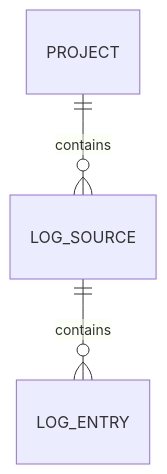
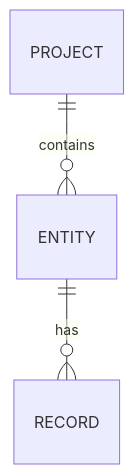
One commit to serguei9090/MasterPrompts changed the second of 5 diagrams in docs/architecture/diagrams.md. Above: the diagram before and after it, drawn with Mermaid. The commit also changed other lines of this file and 20 other files, not shown here.

Commit message:
feat: initialize architectural documentation framework and project management scripts

````diff
--- a/docs/architecture/diagrams.md
+++ b/docs/architecture/diagrams.md
@@ -18,5 +56,5 @@
 ```mermaid
 erDiagram
-    PROJECT ||--o{ LOG_SOURCE : contains
-    LOG_SOURCE ||--o{ LOG_ENTRY : contains
+    PROJECT ||--o{ ENTITY : contains
+    ENTITY ||--o{ RECORD : has
 ```
````
